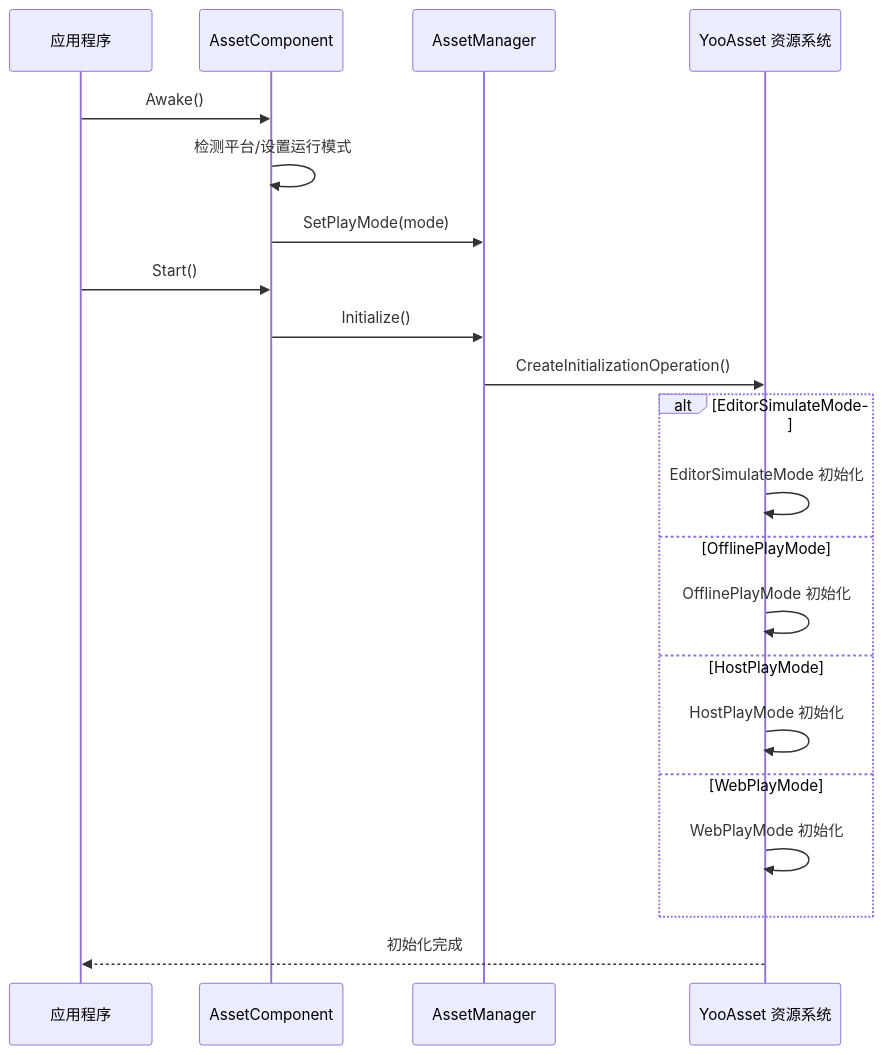
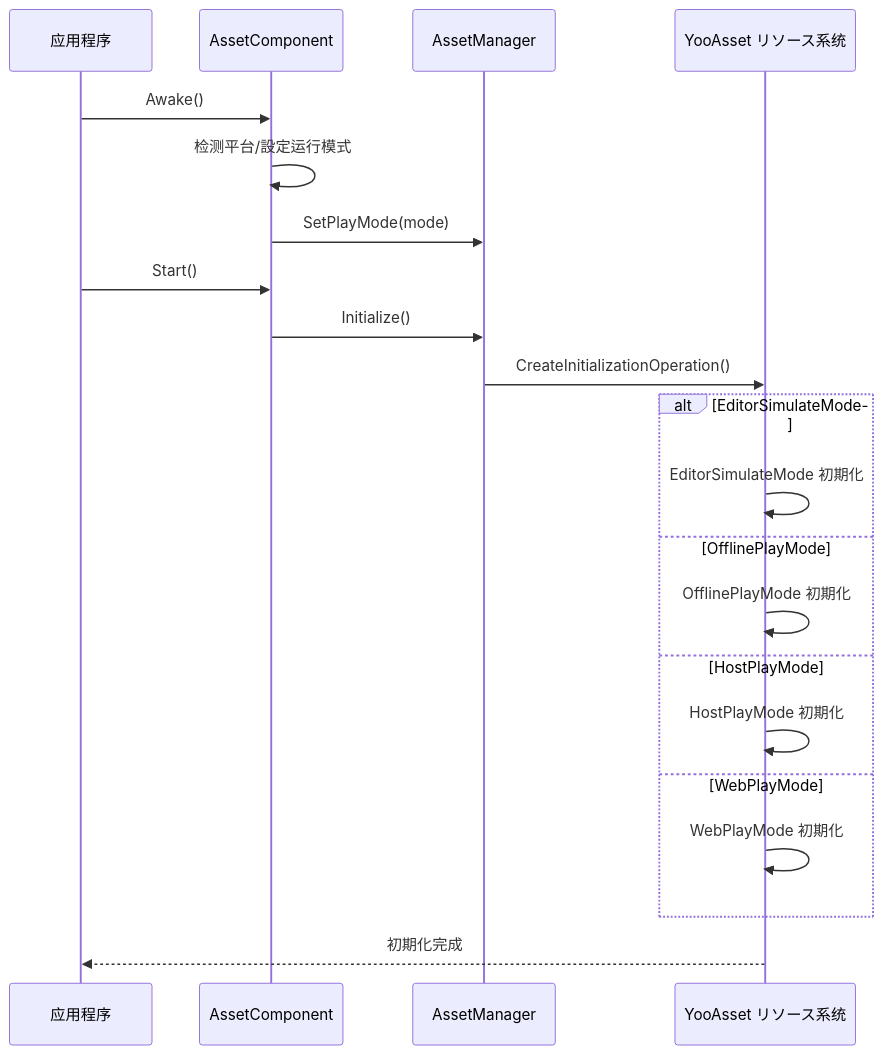
One commit to AlianBlank/GameFrameX.Docs changed the second of 2 diagrams in docs/ja/client/unity/component/asset/16.platforms.md. Above: the diagram before and after it, drawn with Mermaid. The commit also changed other lines of this file and 603 other files, not shown here.

````diff
--- a/docs/ja/client/unity/component/asset/16.platforms.md
+++ b/docs/ja/client/unity/component/asset/16.platforms.md
@@ -97,26 +97,26 @@
 ```mermaid
 sequenceDiagram
     participant App as 应用程序
     participant AssetComp as AssetComponent
     participant AssetMgr as AssetManager
-    participant YooAsset as YooAsset 资源系统
+    participant YooAsset as YooAsset リソース系统
     
     App->>AssetComp: Awake()
-    AssetComp->>AssetComp: 检测平台/设置运行模式
+    AssetComp->>AssetComp: 检测平台/設定运行模式
     AssetComp->>AssetMgr: SetPlayMode(mode)
     App->>AssetComp: Start()
     AssetComp->>AssetMgr: Initialize()
     AssetMgr->>YooAsset: CreateInitializationOperation()
     
     alt EditorSimulateMode
-        YooAsset->>YooAsset: EditorSimulateMode 初始化
+        YooAsset->>YooAsset: EditorSimulateMode 初期化
     else OfflinePlayMode
-        YooAsset->>YooAsset: OfflinePlayMode 初始化
+        YooAsset->>YooAsset: OfflinePlayMode 初期化
     else HostPlayMode
-        YooAsset->>YooAsset: HostPlayMode 初始化
+        YooAsset->>YooAsset: HostPlayMode 初期化
     else WebPlayMode
-        YooAsset->>YooAsset: WebPlayMode 初始化
+        YooAsset->>YooAsset: WebPlayMode 初期化
     end
     
-    YooAsset-->>App: 初始化完成
+    YooAsset-->>App: 初期化完成
 ```
````
